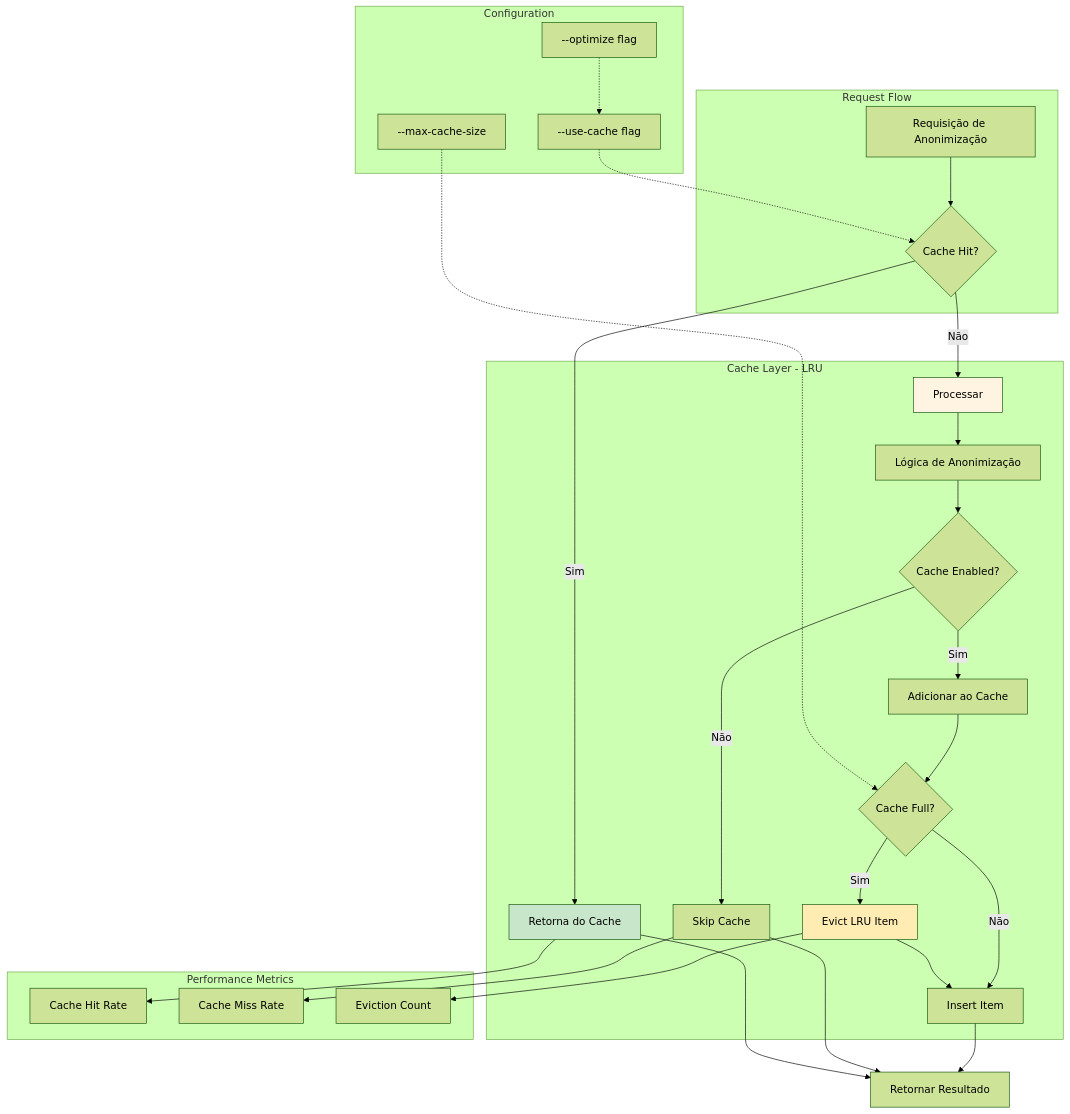
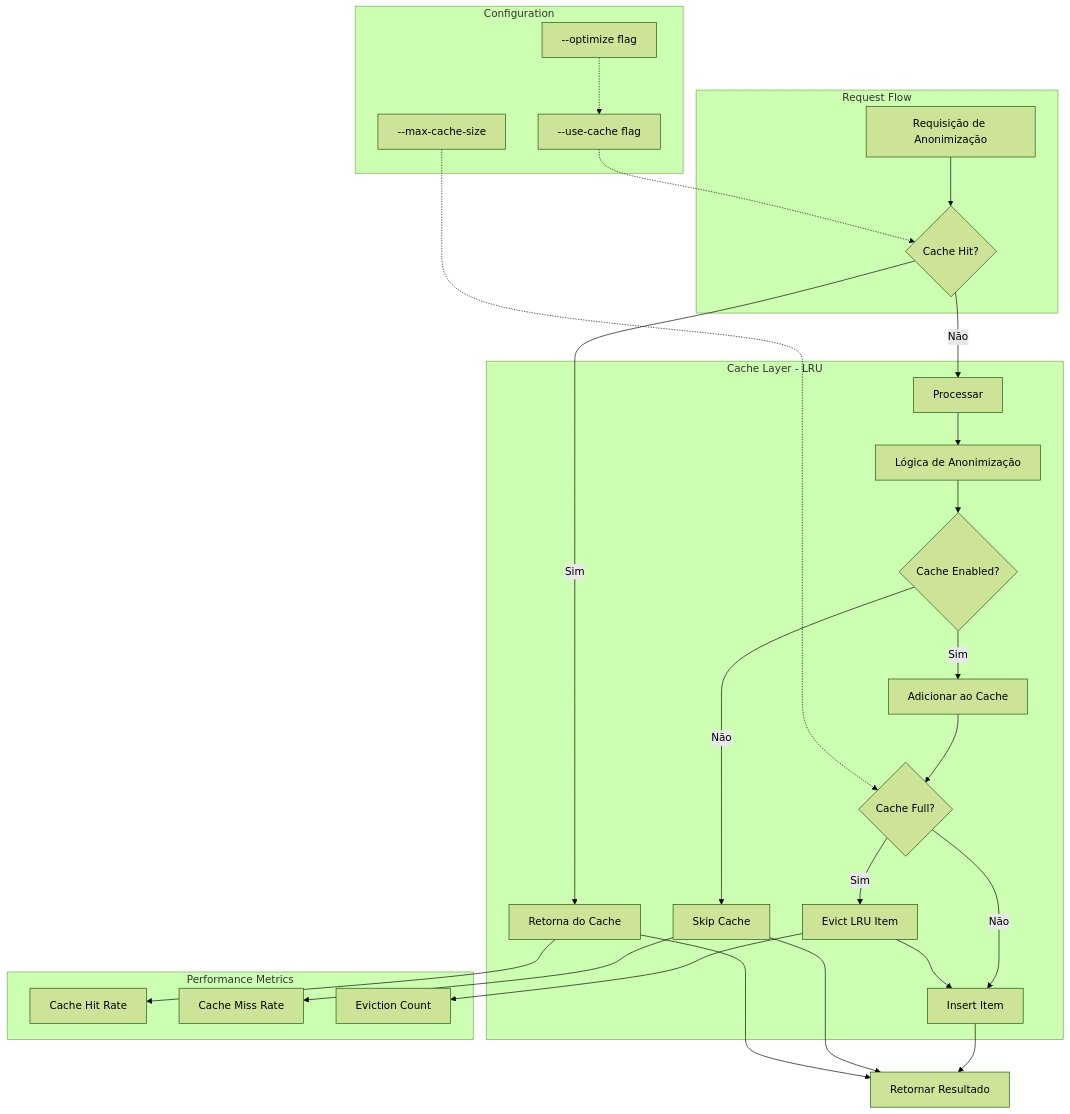
Before and after one commit to AnonShield/anonshield: the fourth of 24 diagrams in docs/diagrams.md, drawn with Mermaid (forest theme). The commit also changed other lines of this file, not shown here.

First line of the commit message:
Remove style definitions from diagrams

````diff
--- a/docs/diagrams.md
+++ b/docs/diagrams.md
@@ -174,43 +161,40 @@
 ```mermaid
 graph TD
     subgraph "Request Flow"
         Req[Requisição de Anonimização] --> CacheCheck{Cache Hit?}
     end
     
     subgraph "Cache Layer - LRU"
         CacheCheck -->|Sim| CacheHit[Retorna do Cache]
         CacheCheck -->|Não| Process[Processar]
         
         Process --> AnonymizeLogic[Lógica de Anonimização]
         AnonymizeLogic --> CacheAdd{Cache Enabled?}
         
         CacheAdd -->|Sim| AddToCache[Adicionar ao Cache]
         CacheAdd -->|Não| Skip[Skip Cache]
         
         AddToCache --> CheckSize{Cache Full?}
         CheckSize -->|Sim| Evict[Evict LRU Item]
         CheckSize -->|Não| Insert[Insert Item]
         
         Evict --> Insert
     end
     
     subgraph "Configuration"
         Config[--use-cache flag] -.-> CacheCheck
         MaxSize[--max-cache-size] -.-> CheckSize
         Optimize[--optimize flag] -.-> Config
     end
     
     subgraph "Performance Metrics"
         CacheHit --> Metrics1[Cache Hit Rate]
         Skip --> Metrics2[Cache Miss Rate]
         Evict --> Metrics3[Eviction Count]
     end
     
     Insert --> Return[Retornar Resultado]
     Skip --> Return
     CacheHit --> Return
     
-    style CacheHit fill:#c8e6c9
-    style Process fill:#fff4e1
-    style Evict fill:#ffecb3
 ```
````
